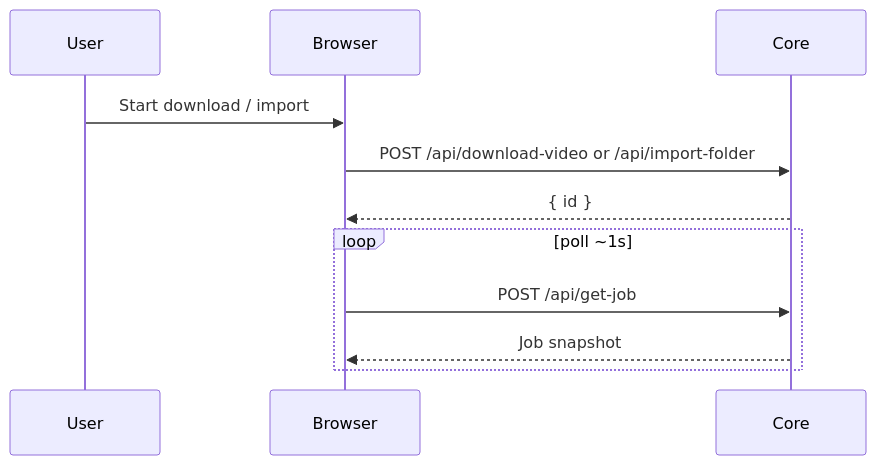
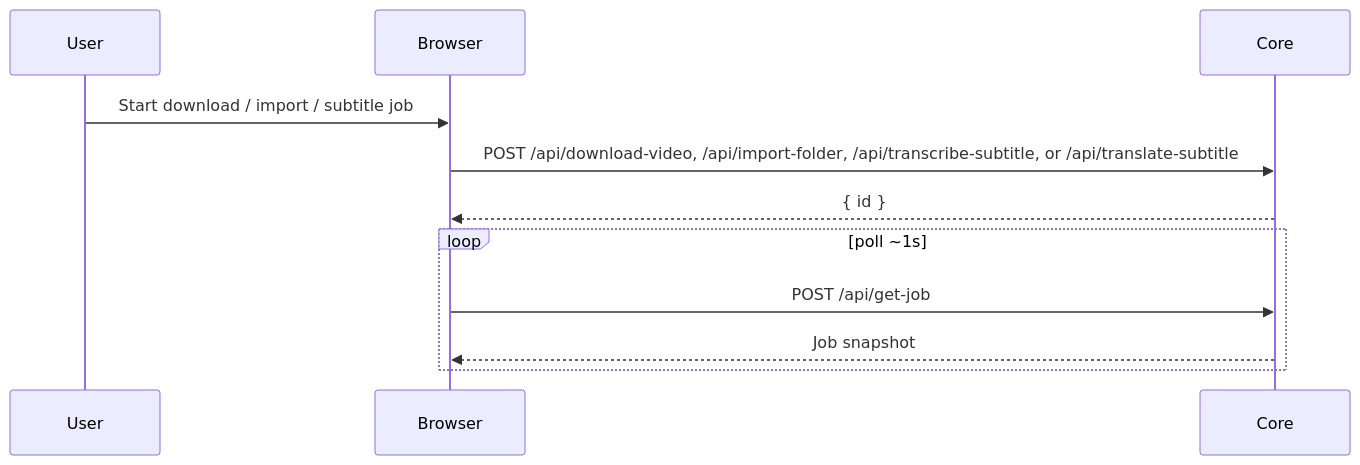
One commit to lawrenceching/SMM changed the diagram in docs/dev/job.md. Above: the diagram before and after it, drawn with Mermaid. The commit also changed other lines of this file and 1 other file, not shown here.

Commit message:
docs: document subtitle Core jobs, queue, and HTTP/CLI

````diff
--- a/docs/dev/job.md
+++ b/docs/dev/job.md
@@ -74,14 +81,14 @@
 ```mermaid
 sequenceDiagram
   participant U as User
   participant B as Browser
   participant C as Core
 
-  U->>B: Start download / import
-  B->>C: POST /api/download-video or /api/import-folder
+  U->>B: Start download / import / subtitle job
+  B->>C: POST /api/download-video, /api/import-folder, /api/transcribe-subtitle, or /api/translate-subtitle
   C-->>B: { id }
   loop poll ~1s
     B->>C: POST /api/get-job
     C-->>B: Job snapshot
   end
 ```
````
